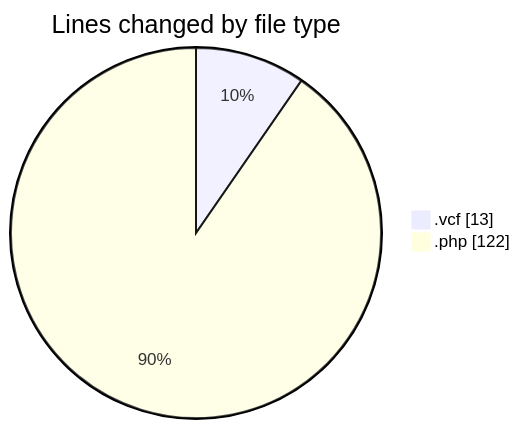
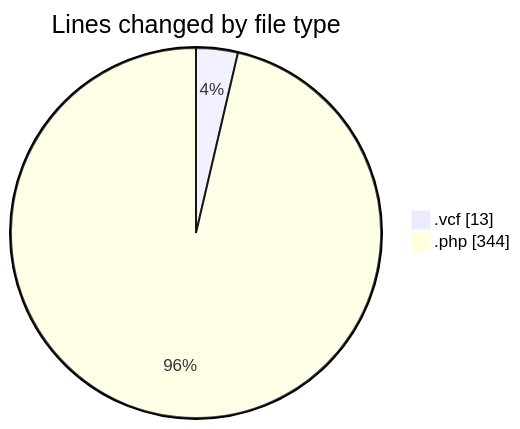
The first of 2 diagrams in 2025-06-03/totem/README.md (LanceThiago/code-tracking), drawn with Mermaid before and after one commit. The commit also changed other lines of this file and 1 other file, not shown here.

````diff
--- a/2025-06-03/totem/README.md
+++ b/2025-06-03/totem/README.md
@@ -22,6 +23,6 @@
 ```mermaid
 pie showData
 title Lines changed by file type
 ".vcf" : 13
-".php" : 122
+".php" : 344
 ```
````
